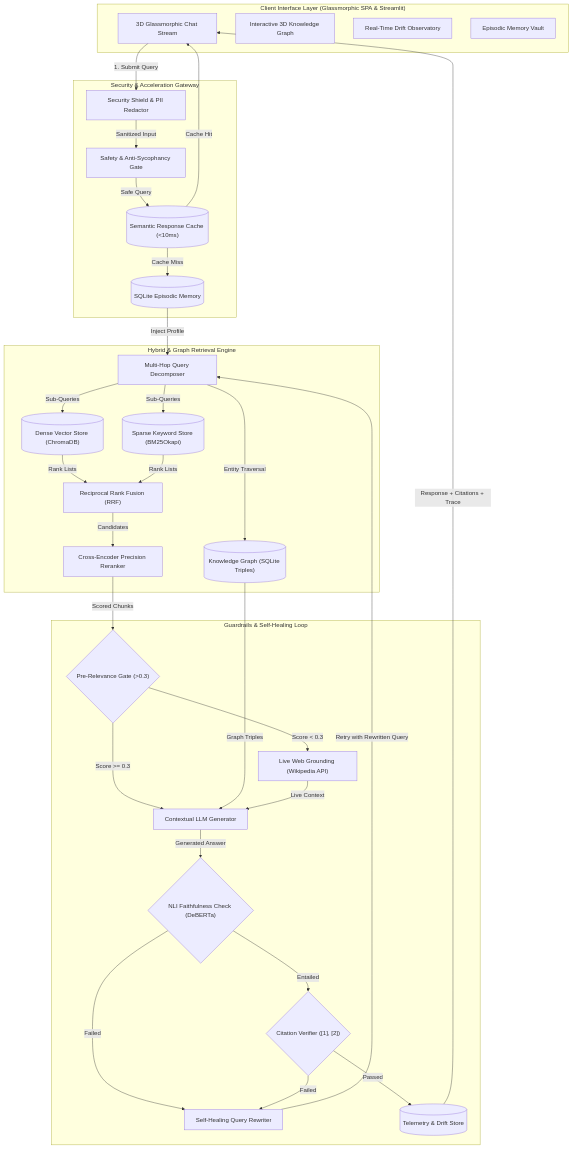
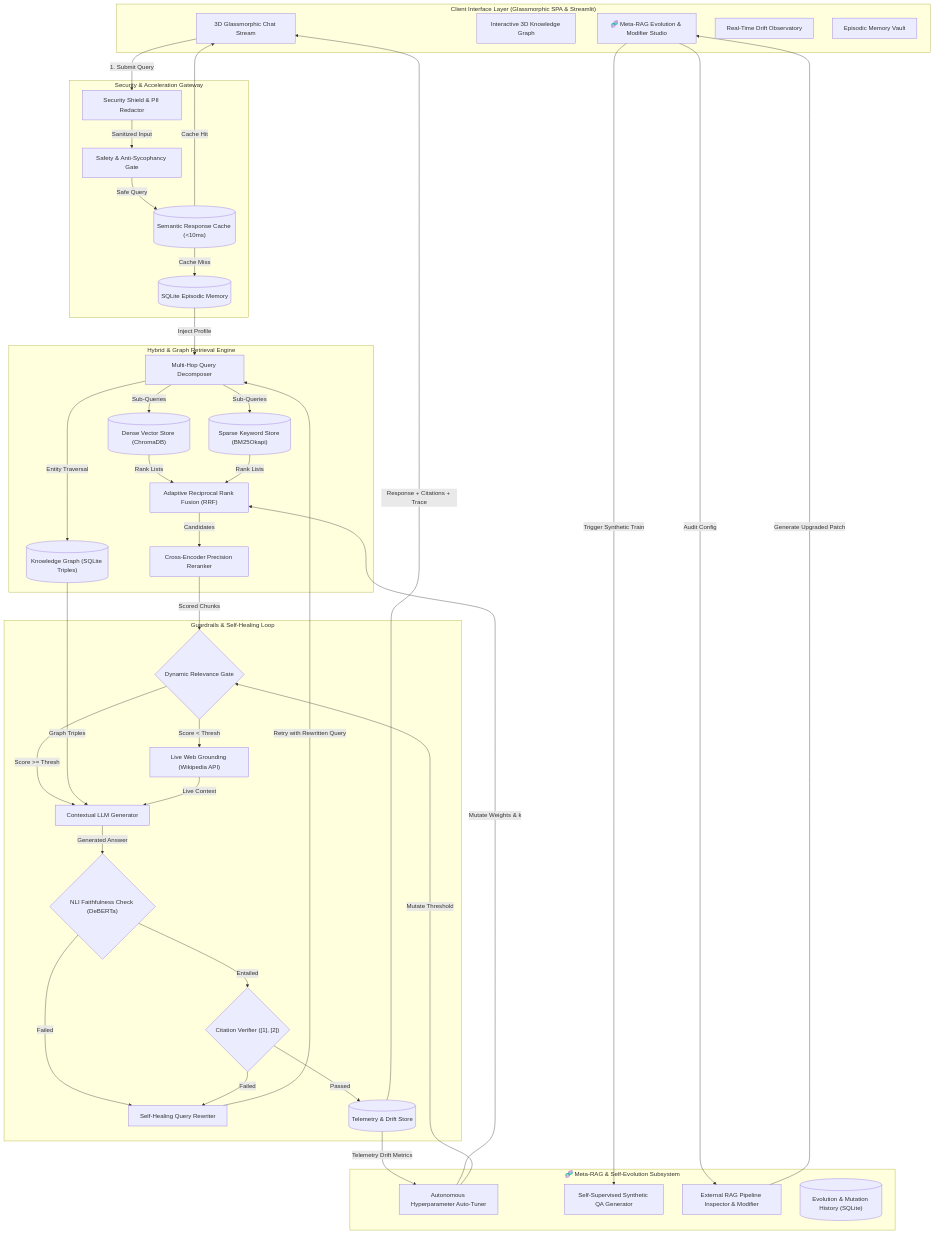
The diagram in README.md (Rishigit222/S-r-h), drawn with Mermaid before and after one commit. The commit also changed other lines of this file and 8 other files, not shown here.

Commit message:
feat: implement Meta-RAG self-evolution, synthetic trainer, and external RAG modifier engine

````diff
--- a/README.md
+++ b/README.md
@@ -59,59 +63,74 @@
 ```mermaid
 flowchart TD
     subgraph Client["Client Interface Layer (Glassmorphic SPA & Streamlit)"]
         CHAT_UI["3D Glassmorphic Chat Stream"]
         GRAPH_UI["Interactive 3D Knowledge Graph"]
+        EVO_UI["🧬 Meta-RAG Evolution & Modifier Studio"]
         TELEMETRY_UI["Real-Time Drift Observatory"]
         MEMORY_UI["Episodic Memory Vault"]
+    end
+
+    subgraph Meta_Evolution["🧬 Meta-RAG & Self-Evolution Subsystem"]
+        OPTIMIZER["Autonomous Hyperparameter Auto-Tuner"]
+        SYNTH_TRAIN["Self-Supervised Synthetic QA Generator"]
+        RAG_MODIFIER["External RAG Pipeline Inspector & Modifier"]
+        EVO_DB[("Evolution & Mutation History (SQLite)")]
     end
 
     subgraph Security_Cache["Security & Acceleration Gateway"]
         SEC["Security Shield & PII Redactor"]
         SAFETY["Safety & Anti-Sycophancy Gate"]
         CACHE[("Semantic Response Cache (<10ms)")]
         MEM_STORE[("SQLite Episodic Memory")]
     end
 
     subgraph Retrieval_Engine["Hybrid & Graph Retrieval Engine"]
         DECOMP["Multi-Hop Query Decomposer"]
         V_STORE[("Dense Vector Store (ChromaDB)")]
         B_STORE[("Sparse Keyword Store (BM25Okapi)")]
-        RRF["Reciprocal Rank Fusion (RRF)"]
+        RRF["Adaptive Reciprocal Rank Fusion (RRF)"]
         KG_STORE[("Knowledge Graph (SQLite Triples)")]
         RERANK["Cross-Encoder Precision Reranker"]
     end
 
     subgraph Guardrails_Generation["Guardrails & Self-Healing Loop"]
-        PRE_GATE{"Pre-Relevance Gate (>0.3)"}
+        PRE_GATE{"Dynamic Relevance Gate"}
         WEB_FALLBACK["Live Web Grounding (Wikipedia API)"]
         LLM["Contextual LLM Generator"]
         NLI_CHECK{"NLI Faithfulness Check (DeBERTa)"}
         CITE_CHECK{"Citation Verifier ([1], [2])"}
         HEAL["Self-Healing Query Rewriter"]
         TELEMETRY[("Telemetry & Drift Store")]
     end
 
     CHAT_UI -->|1. Submit Query| SEC
     SEC -->|Sanitized Input| SAFETY
     SAFETY -->|Safe Query| CACHE
     CACHE -->|Cache Hit| CHAT_UI
     CACHE -->|Cache Miss| MEM_STORE
     MEM_STORE -->|Inject Profile| DECOMP
     DECOMP -->|Sub-Queries| V_STORE
     DECOMP -->|Sub-Queries| B_STORE
     DECOMP -->|Entity Traversal| KG_STORE
+    OPTIMIZER -->|Mutate Weights & k| RRF
+    OPTIMIZER -->|Mutate Threshold| PRE_GATE
+    TELEMETRY -->|Telemetry Drift Metrics| OPTIMIZER
     V_STORE & B_STORE -->|Rank Lists| RRF
     RRF -->|Candidates| RERANK
     RERANK -->|Scored Chunks| PRE_GATE
-    PRE_GATE -->|Score < 0.3| WEB_FALLBACK
-    PRE_GATE -->|Score >= 0.3| LLM
+    PRE_GATE -->|Score < Thresh| WEB_FALLBACK
+    PRE_GATE -->|Score >= Thresh| LLM
     KG_STORE -->|Graph Triples| LLM
     WEB_FALLBACK -->|Live Context| LLM
     LLM -->|Generated Answer| NLI_CHECK
     NLI_CHECK -->|Entailed| CITE_CHECK
     CITE_CHECK -->|Passed| TELEMETRY
     TELEMETRY -->|Response + Citations + Trace| CHAT_UI
     NLI_CHECK -->|Failed| HEAL
     CITE_CHECK -->|Failed| HEAL
     HEAL -->|Retry with Rewritten Query| DECOMP
+
+    EVO_UI -->|Audit Config| RAG_MODIFIER
+    RAG_MODIFIER -->|Generate Upgraded Patch| EVO_UI
+    EVO_UI -->|Trigger Synthetic Train| SYNTH_TRAIN
 ```
````
